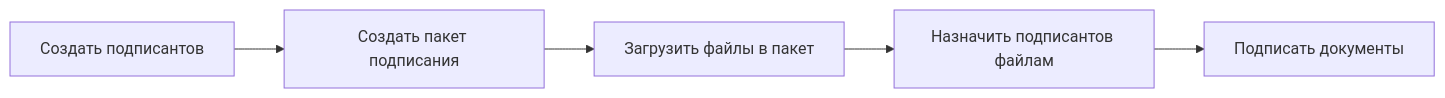
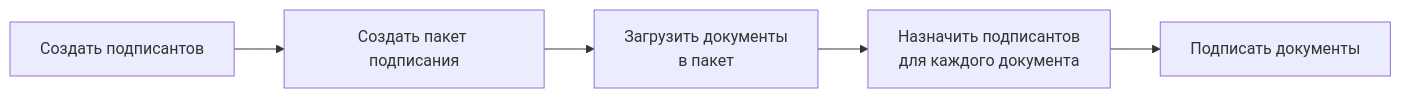
The diagram in cryptoservice/docs/signpackage.md (developer-rulink/rulink-docs), drawn with Mermaid before and after one commit. The commit also changed other lines of this file, not shown here.

````diff
--- a/cryptoservice/docs/signpackage.md
+++ b/cryptoservice/docs/signpackage.md
@@ -13,7 +14,9 @@
 ```mermaid
 graph LR
     A[Создать подписантов] --> B[Создать пакет подписания]
-    B --> C[Загрузить файлы в пакет]
-    C --> D[Назначить подписантов файлам]
+    B --> C[Загрузить документы
+            в пакет]
+    C --> D[Назначить подписантов  
+            для каждого документа]
     D --> E[Подписать документы]
 ```
````
